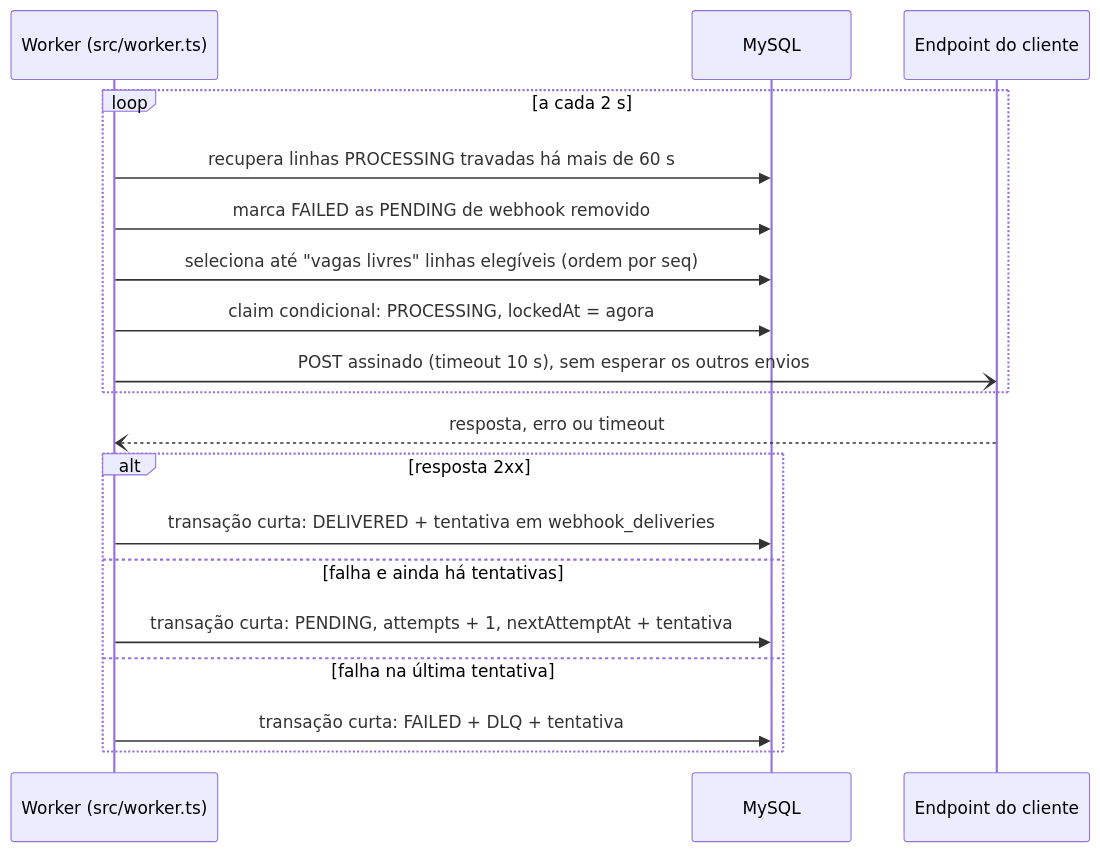
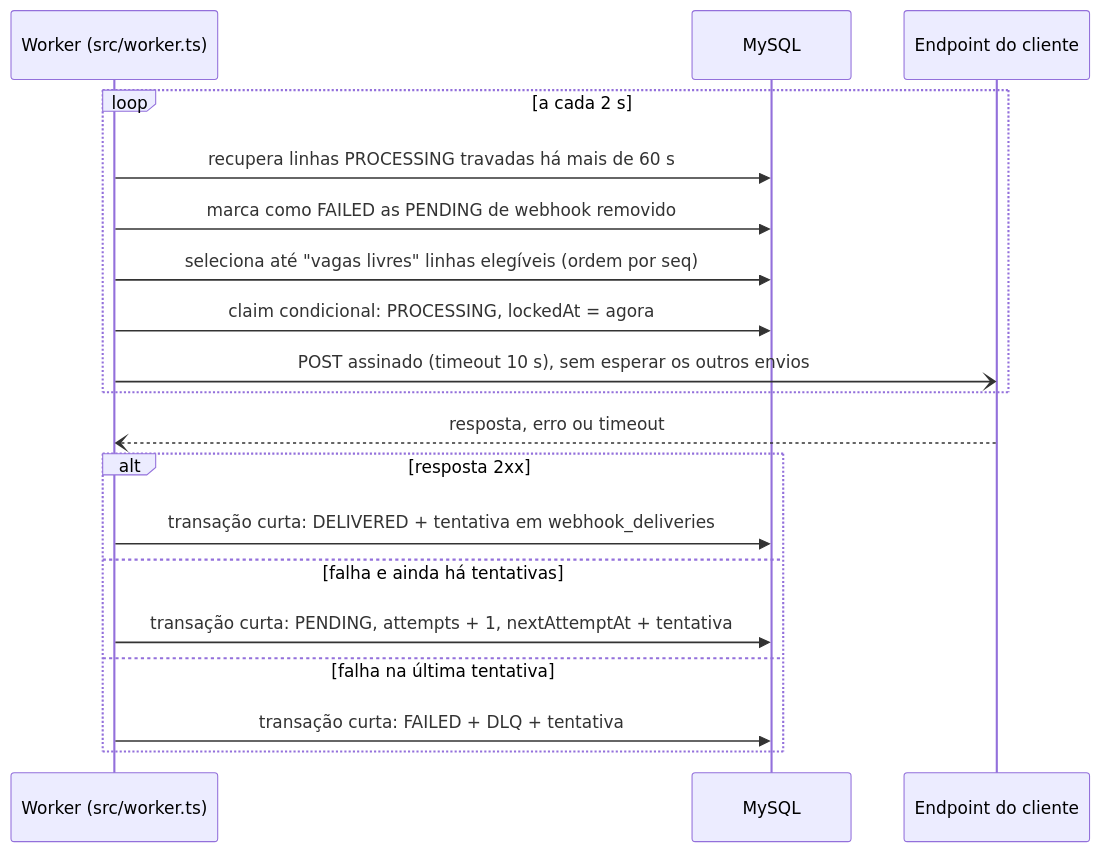
One commit to ElderGil/design-docs-webhooks-pedidos changed the second of 2 diagrams in docs/FDD.md. Above: the diagram before and after it, drawn with Mermaid. The commit also changed other lines of this file and 1 other file, not shown here.

````diff
--- a/docs/FDD.md
+++ b/docs/FDD.md
@@ -128,21 +129,21 @@
 ```mermaid
 sequenceDiagram
   participant W as Worker (src/worker.ts)
   participant DB as MySQL
   participant CL as Endpoint do cliente
   loop a cada 2 s
     W->>DB: recupera linhas PROCESSING travadas há mais de 60 s
-    W->>DB: marca FAILED as PENDING de webhook removido
+    W->>DB: marca como FAILED as PENDING de webhook removido
     W->>DB: seleciona até "vagas livres" linhas elegíveis (ordem por seq)
     W->>DB: claim condicional: PROCESSING, lockedAt = agora
     W-)CL: POST assinado (timeout 10 s), sem esperar os outros envios
   end
   CL--)W: resposta, erro ou timeout
   alt resposta 2xx
     W->>DB: transação curta: DELIVERED + tentativa em webhook_deliveries
   else falha e ainda há tentativas
     W->>DB: transação curta: PENDING, attempts + 1, nextAttemptAt + tentativa
   else falha na última tentativa
     W->>DB: transação curta: FAILED + DLQ + tentativa
   end
 ```
````
